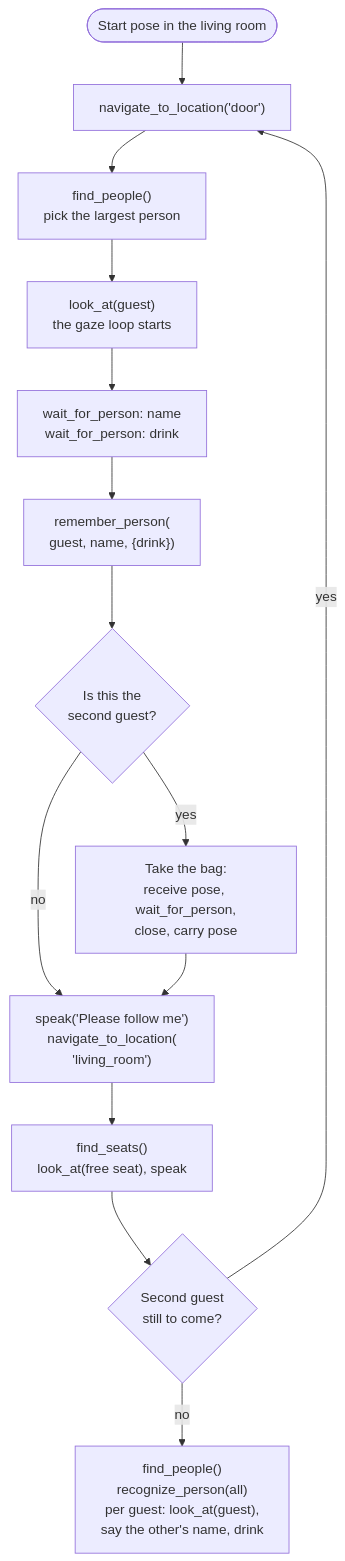
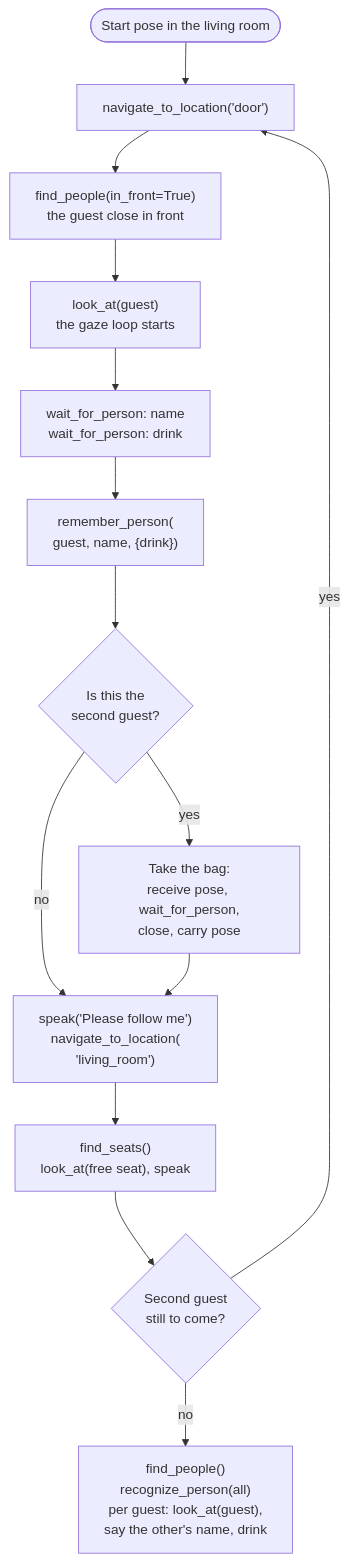
Before and after one commit to EIC-Robocup-2026/walkie-agent-ros: the first of 4 diagrams in docs/architecture/hri.md, drawn with Mermaid. The commit also changed other lines of this file and 13 other files, not shown here.

First line of the commit message:
feat: keep only people close in front at the door with find_people(in_front=True)

````diff
--- a/docs/architecture/hri.md
+++ b/docs/architecture/hri.md
@@ -93,16 +93,16 @@
 ```mermaid
 flowchart TB
     start(["Start pose in the living room"]) --> door["navigate_to_location('door')"]
-    door --> find["find_people()<br/>pick the largest person"]
+    door --> find["find_people(in_front=True)<br/>the guest close in front"]
     find --> look["look_at(guest)<br/>the gaze loop starts"]
     look --> ask["wait_for_person: name<br/>wait_for_person: drink"]
     ask --> mem["remember_person(<br/>guest, name, {drink})"]
     mem --> second{"Is this the<br/>second guest?"}
     second -->|"yes"| bag["Take the bag:<br/>receive pose, wait_for_person,<br/>close, carry pose"]
     second -->|"no"| guide
     bag --> guide["speak('Please follow me')<br/>navigate_to_location(<br/>'living_room')"]
     guide --> seats["find_seats()<br/>look_at(free seat), speak"]
     seats --> more{"Second guest<br/>still to come?"}
     more -->|"yes"| door
     more -->|"no"| intro["find_people()<br/>recognize_person(all)<br/>per guest: look_at(guest),<br/>say the other's name, drink"]
 ```
````
